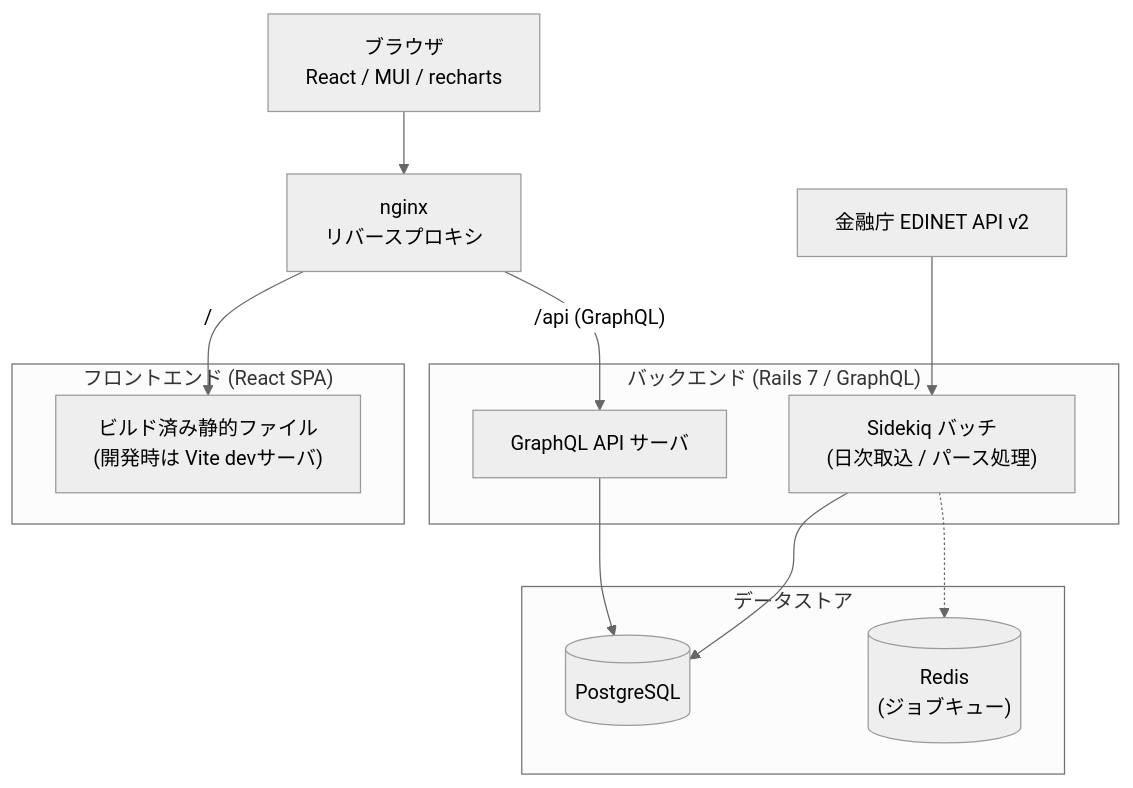
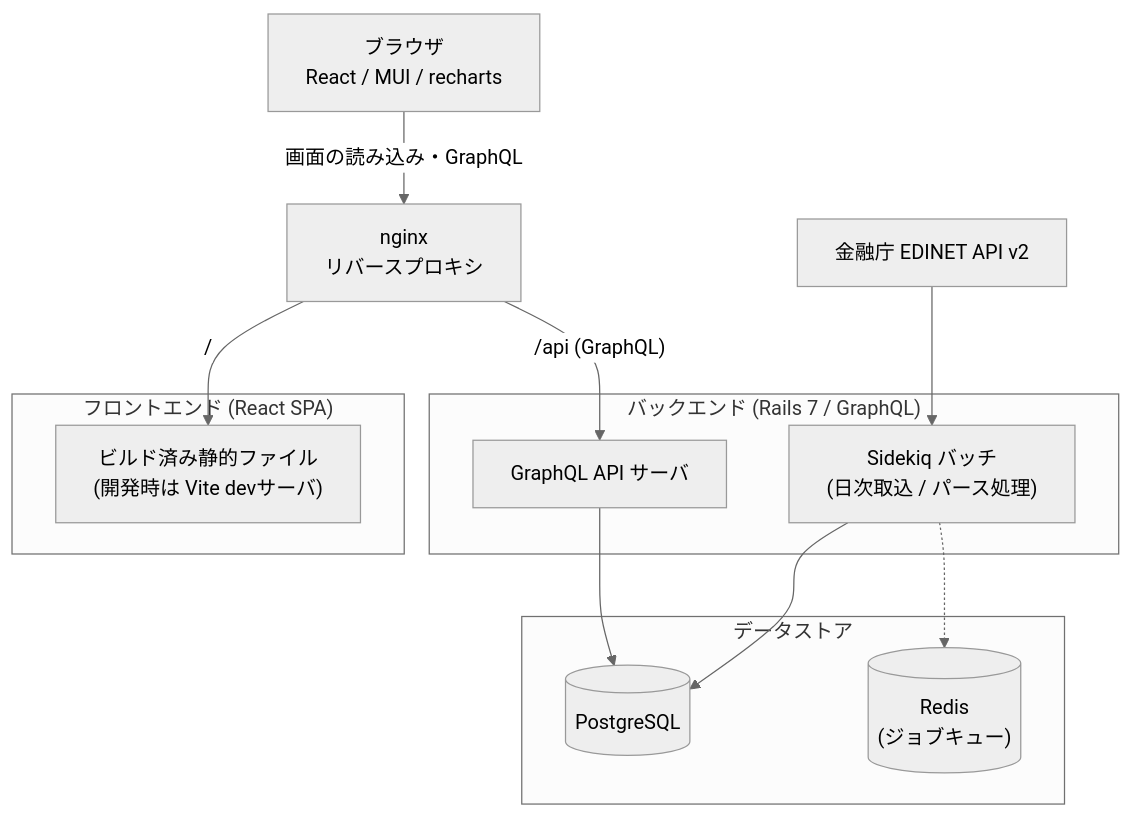
One commit to shin4488/financial-statement changed the diagram in README.md. Above: the diagram before and after it, drawn with Mermaid (neutral theme).

Commit message:
docs: ブラウザからnginxへの矢印が画面の読み込みとGraphQLの両方であることを示す
ブラウザからの通信は、Reactのファイルの読み込みも、読み込んだReactが送るGraphQLも、同じnginxを通る。ラベルのない1本の矢印では、Reactからnginxへの通信がどこに描かれているか読み取りにくいため、矢印にラベルを付ける。

````diff
--- a/README.md
+++ b/README.md
@@ -21,25 +21,25 @@
 ```mermaid
 flowchart TD
-    Browser["ブラウザ<br>React / MUI / recharts"] --> Nginx["nginx<br>リバースプロキシ"]
+    Browser["ブラウザ<br>React / MUI / recharts"] -->|"画面の読み込み・GraphQL"| Nginx["nginx<br>リバースプロキシ"]
 
     subgraph Frontend["フロントエンド (React SPA)"]
         Static["ビルド済み静的ファイル<br>(開発時は Vite devサーバ)"]
     end
 
     subgraph Backend["バックエンド (Rails 7 / GraphQL)"]
         API["GraphQL API サーバ"]
         Batch["Sidekiq バッチ<br>(日次取込 / パース処理)"]
     end
 
     subgraph Storage["データストア"]
         PG[("PostgreSQL")]
         Redis[("Redis<br>(ジョブキュー)")]
     end
 
     EDINET["金融庁 EDINET API v2"] --> Batch
     Nginx -->|"/"| Static
     Nginx -->|"/api (GraphQL)"| API
     API --> PG
     Batch --> PG
     Batch -.-> Redis
 ```
````
